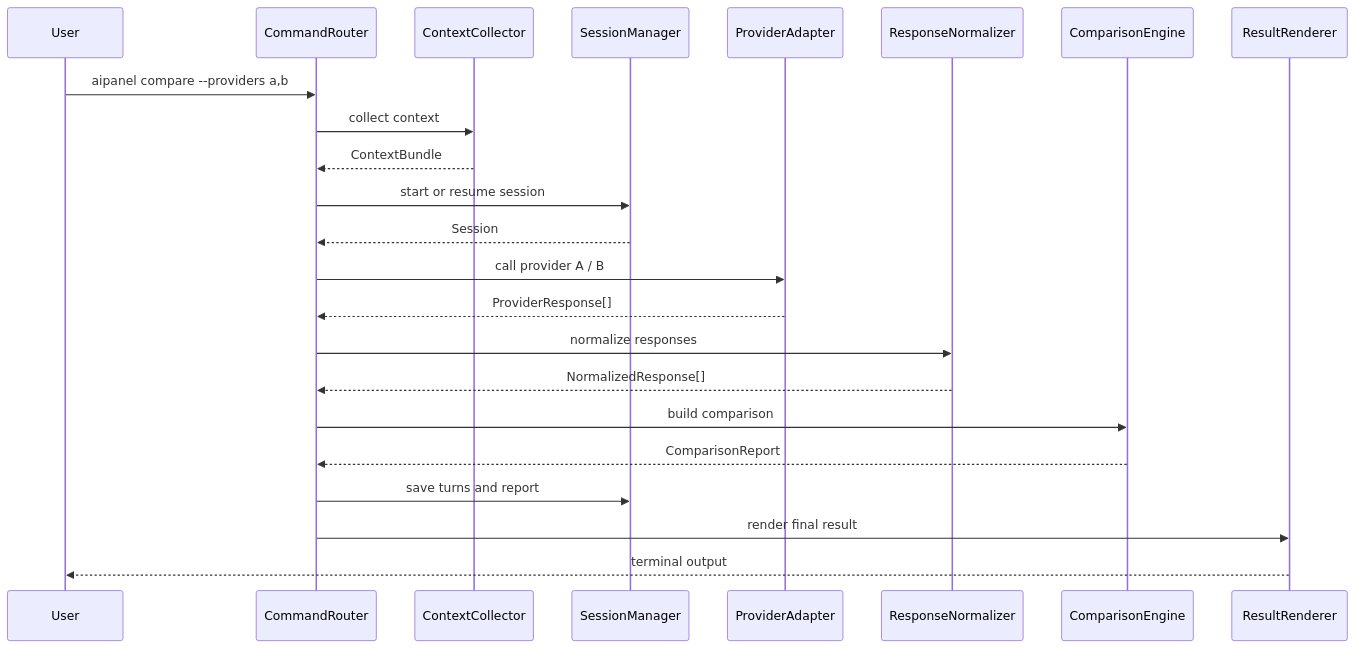
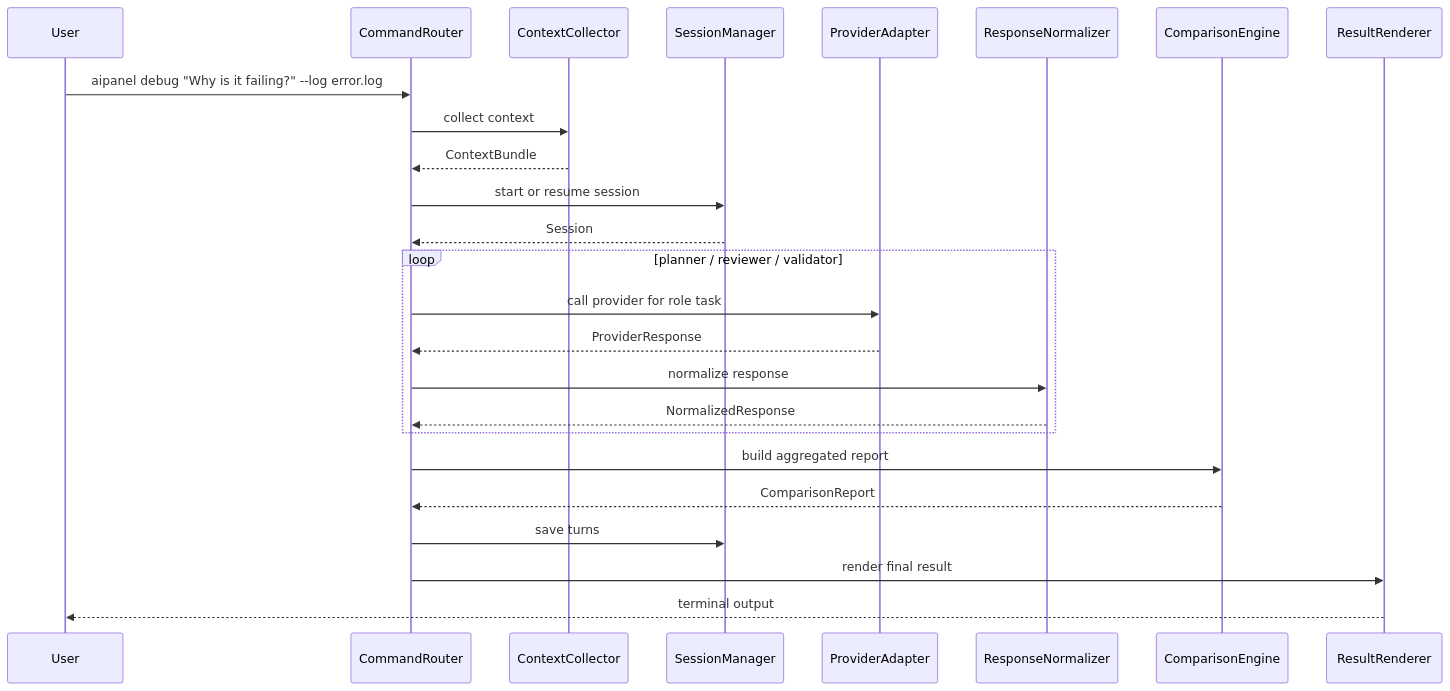
One commit to sean-sunagaku/aipanel changed the diagram in docs/rearchitecture/content_rearchitecture_2026-03-10/09_data-flow/09_data-flow.md. Above: the diagram before and after it, drawn with Mermaid. The commit also changed other lines of this file and 37 other files, not shown here.

````diff
--- a/docs/rearchitecture/content_rearchitecture_2026-03-10/09_data-flow/09_data-flow.md
+++ b/docs/rearchitecture/content_rearchitecture_2026-03-10/09_data-flow/09_data-flow.md
@@ -126,26 +106,28 @@
 ```mermaid
 sequenceDiagram
     participant U as User
     participant R as CommandRouter
     participant C as ContextCollector
     participant S as SessionManager
     participant P as ProviderAdapter
     participant N as ResponseNormalizer
     participant G as ComparisonEngine
     participant O as ResultRenderer
 
-    U->>R: aipanel compare --providers a,b
+    U->>R: aipanel debug "Why is it failing?" --log error.log
     R->>C: collect context
     C-->>R: ContextBundle
     R->>S: start or resume session
     S-->>R: Session
-    R->>P: call provider A / B
-    P-->>R: ProviderResponse[]
-    R->>N: normalize responses
-    N-->>R: NormalizedResponse[]
-    R->>G: build comparison
+    loop planner / reviewer / validator
+        R->>P: call provider for role task
+        P-->>R: ProviderResponse
+        R->>N: normalize response
+        N-->>R: NormalizedResponse
+    end
+    R->>G: build aggregated report
     G-->>R: ComparisonReport
-    R->>S: save turns and report
+    R->>S: save turns
     R->>O: render final result
     O-->>U: terminal output
 ```
````
